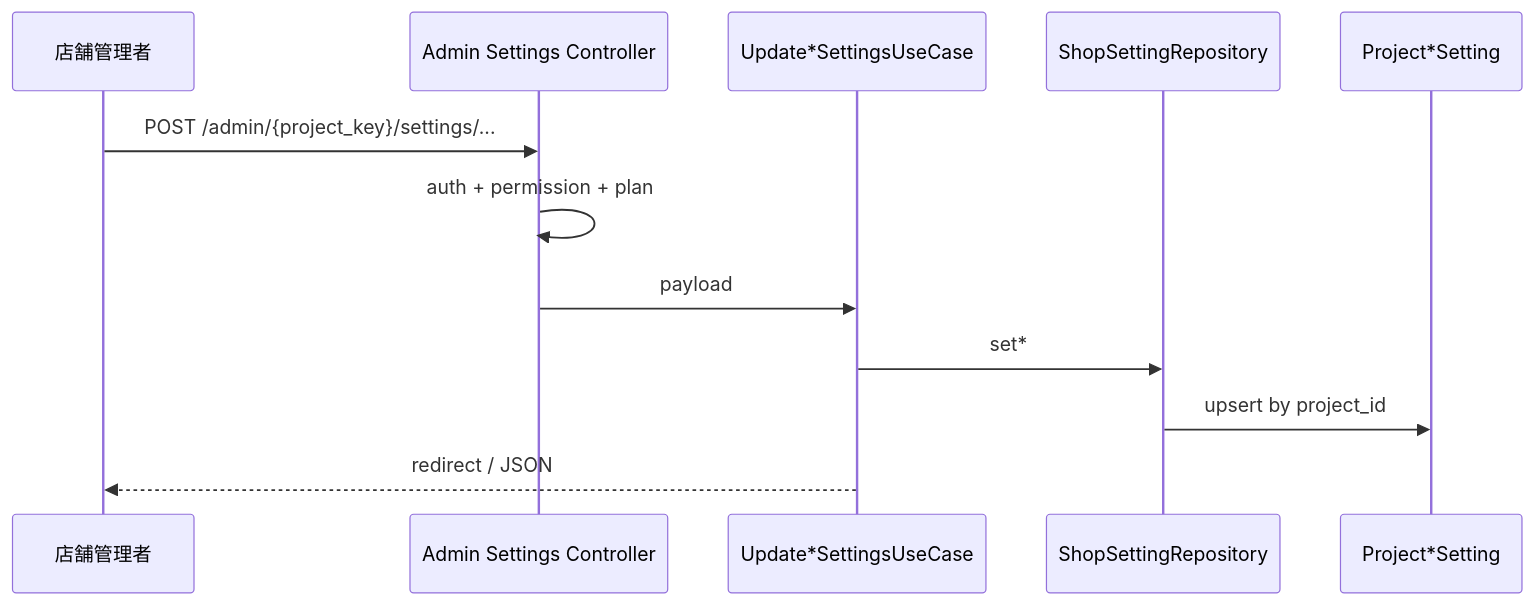
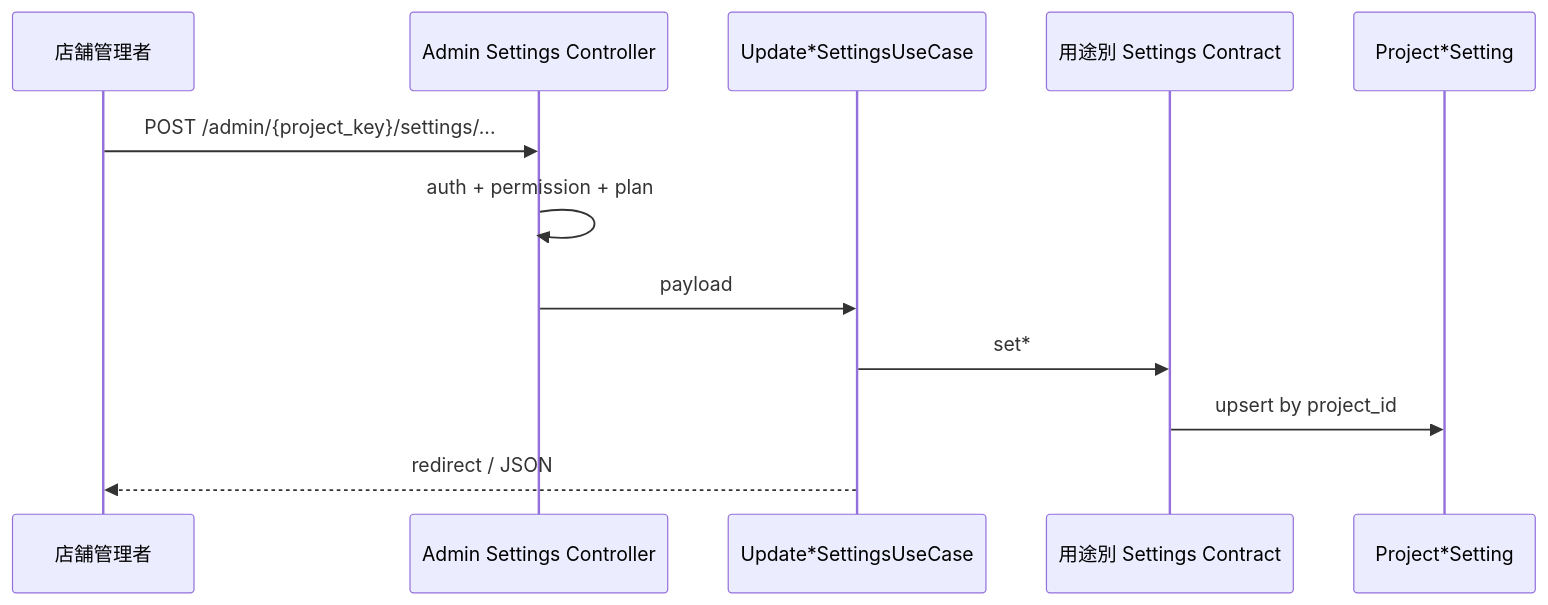
Before and after one commit to kosukesh34/Reggit: diagram 11 of 13 in docs/ARCHITECTURE.md, drawn with Mermaid. The commit also changed other lines of this file and 46 other files, not shown here.

Commit message:
refactor architecture boundaries and transactional safety

````diff
--- a/docs/ARCHITECTURE.md
+++ b/docs/ARCHITECTURE.md
@@ -401,15 +401,15 @@
 ```mermaid
 sequenceDiagram
   participant A as 店舗管理者
   participant AC as Admin Settings Controller
   participant UC as Update*SettingsUseCase
-  participant Repo as ShopSettingRepository
+  participant Repo as 用途別 Settings Contract
   participant DB as Project*Setting
 
   A->>AC: POST /admin/{project_key}/settings/...
   AC->>AC: auth + permission + plan
   AC->>UC: payload
   UC->>Repo: set*
   Repo->>DB: upsert by project_id
   UC-->>A: redirect / JSON
 ```
````
